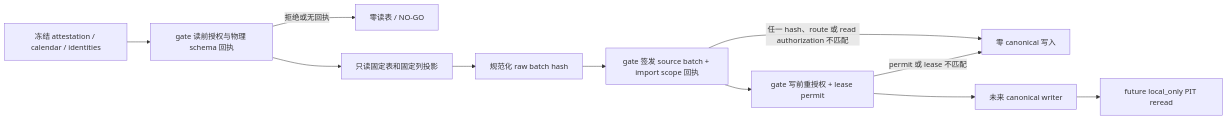
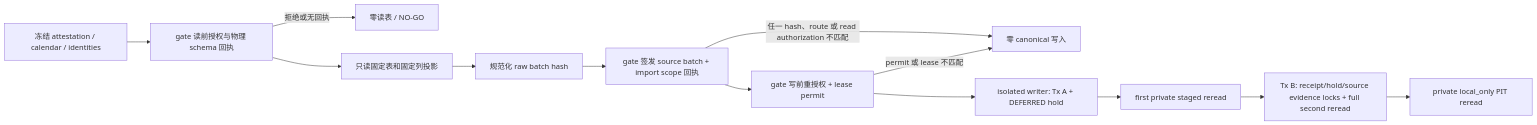
The diagram in docs/iterations/迭代197-本地优先市场数据中台/LEGACY_STOCK_DAILY_IMPORT_GUARD.md (cloudQuant/backtrader_web), drawn with Mermaid before and after one commit. The commit also changed other lines of this file and 4 other files, not shown here.

````diff
--- a/docs/iterations/迭代197-本地优先市场数据中台/LEGACY_STOCK_DAILY_IMPORT_GUARD.md
+++ b/docs/iterations/迭代197-本地优先市场数据中台/LEGACY_STOCK_DAILY_IMPORT_GUARD.md
@@ -17,13 +17,15 @@
 ```mermaid
 flowchart LR
     A[冻结 attestation / calendar / identities] --> B[gate 读前授权与物理 schema 回执]
     B -->|拒绝或无回执| X[零读表 / NO-GO]
     B --> C[只读固定表和固定列投影]
     C --> D[规范化 raw batch hash]
     D --> E[gate 签发 source batch + import scope 回执]
     E -->|任一 hash、route 或 read authorization 不匹配| Y[零 canonical 写入]
     E --> W[gate 写前重授权 + lease permit]
     W -->|permit 或 lease 不匹配| Y
-    W --> F[未来 canonical writer]
-    F --> G[future local_only PIT reread]
+    W --> F[isolated writer: Tx A + DEFERRED hold]
+    F --> H[first private staged reread]
+    H --> I[Tx B: receipt/hold/source evidence locks + full second reread]
+    I --> G[private local_only PIT reread]
 ```
````
